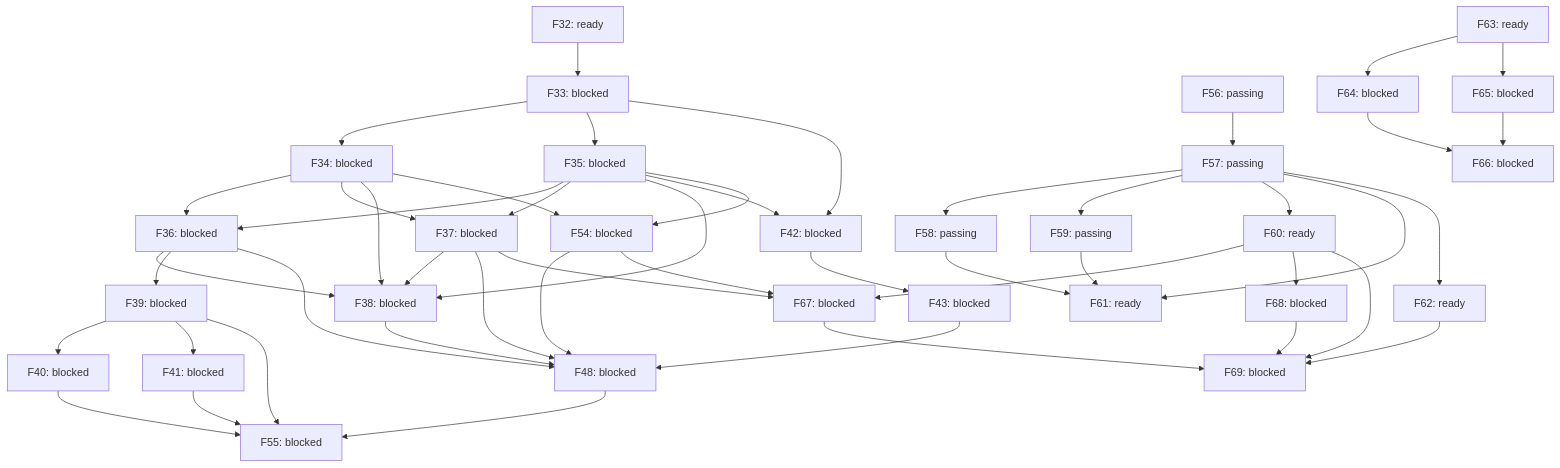
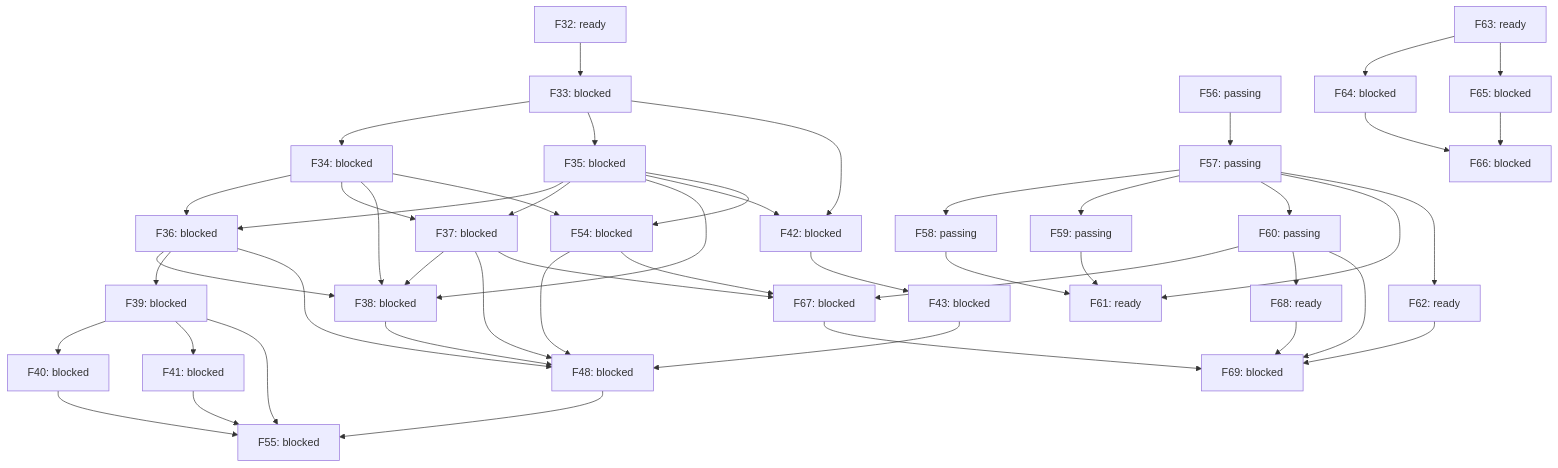
Before and after one commit to alex-nax/rengine: the diagram in docs/roadmap-graph.md, drawn with Mermaid. The commit also changed other lines of this file and 5 other files, not shown here.

````diff
--- a/docs/roadmap-graph.md
+++ b/docs/roadmap-graph.md
@@ -7,80 +7,80 @@
 ```mermaid
 flowchart TD
   F32["F32: ready"]
   F33["F33: blocked"]
   F32 --> F33
   F34["F34: blocked"]
   F33 --> F34
   F35["F35: blocked"]
   F33 --> F35
   F36["F36: blocked"]
   F34 --> F36
   F35 --> F36
   F37["F37: blocked"]
   F34 --> F37
   F35 --> F37
   F38["F38: blocked"]
   F34 --> F38
   F35 --> F38
   F36 --> F38
   F37 --> F38
   F39["F39: blocked"]
   F36 --> F39
   F40["F40: blocked"]
   F39 --> F40
   F41["F41: blocked"]
   F39 --> F41
   F42["F42: blocked"]
   F33 --> F42
   F35 --> F42
   F43["F43: blocked"]
   F42 --> F43
   F48["F48: blocked"]
   F36 --> F48
   F37 --> F48
   F38 --> F48
   F43 --> F48
   F54 --> F48
   F54["F54: blocked"]
   F34 --> F54
   F35 --> F54
   F55["F55: blocked"]
   F39 --> F55
   F40 --> F55
   F41 --> F55
   F48 --> F55
   F56["F56: passing"]
   F57["F57: passing"]
   F56 --> F57
   F58["F58: passing"]
   F57 --> F58
   F59["F59: passing"]
   F57 --> F59
-  F60["F60: ready"]
+  F60["F60: passing"]
   F57 --> F60
   F61["F61: ready"]
   F57 --> F61
   F58 --> F61
   F59 --> F61
   F62["F62: ready"]
   F57 --> F62
   F63["F63: ready"]
   F64["F64: blocked"]
   F63 --> F64
   F65["F65: blocked"]
   F63 --> F65
   F66["F66: blocked"]
   F65 --> F66
   F64 --> F66
   F67["F67: blocked"]
   F60 --> F67
   F37 --> F67
   F54 --> F67
-  F68["F68: blocked"]
+  F68["F68: ready"]
   F60 --> F68
   F69["F69: blocked"]
   F60 --> F69
   F67 --> F69
   F68 --> F69
   F62 --> F69
 ```
````
